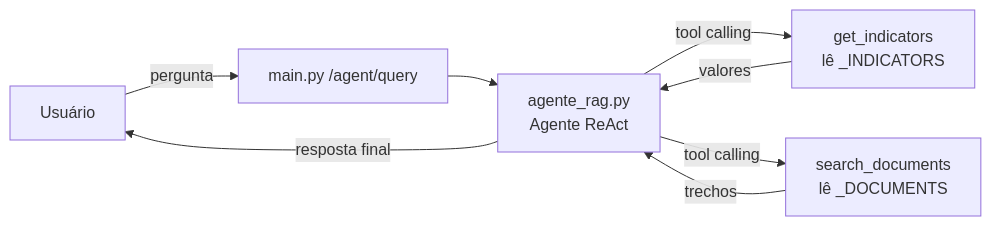
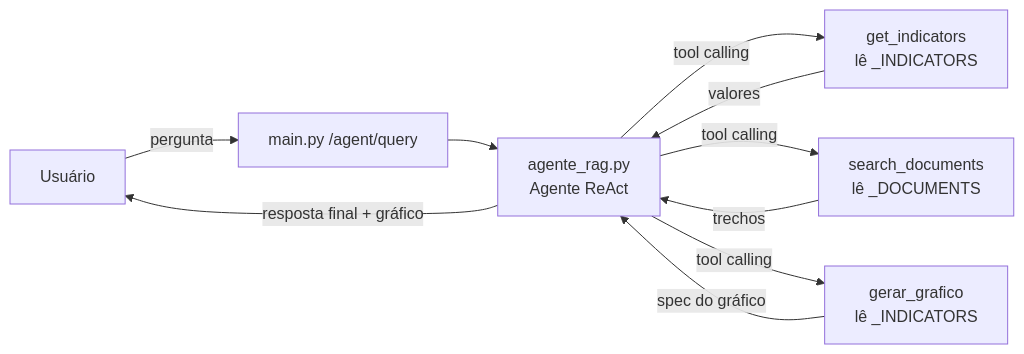
One commit to franciscocostacarneiro/teste-cni-2 changed the diagram in README.md. Above: the diagram before and after it, drawn with Mermaid. The commit also changed other lines of this file and 5 other files, not shown here.

Commit message:
feat: adiciona ferramenta de gráficos (gerar_grafico) integrada aos indicadores

````diff
--- a/README.md
+++ b/README.md
@@ -229,10 +238,12 @@
 ```mermaid
 flowchart LR
     U[Usuário] -->|pergunta| API[main.py /agent/query]
     API --> A[agente_rag.py<br/>Agente ReAct]
     A -->|tool calling| GI[get_indicators<br/>lê _INDICATORS]
     A -->|tool calling| SD[search_documents<br/>lê _DOCUMENTS]
+    A -->|tool calling| GG[gerar_grafico<br/>lê _INDICATORS]
     GI -->|valores| A
     SD -->|trechos| A
-    A -->|resposta final| U
+    GG -->|spec do gráfico| A
+    A -->|resposta final + gráfico| U
 ```
````
